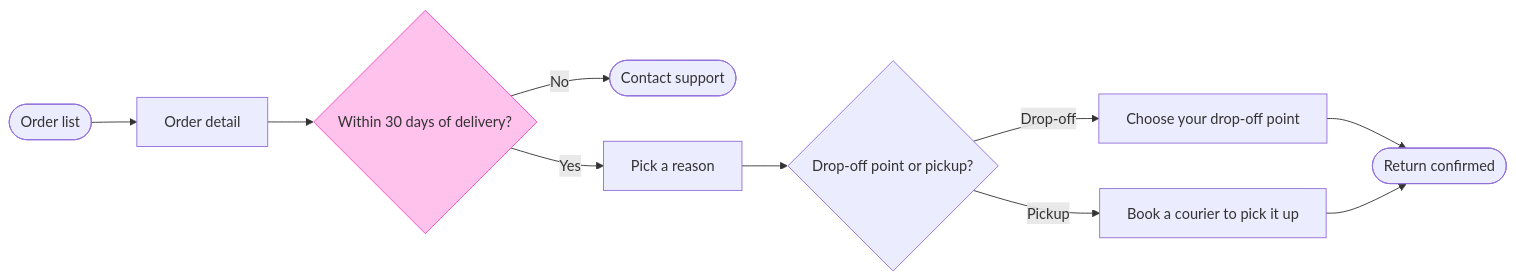
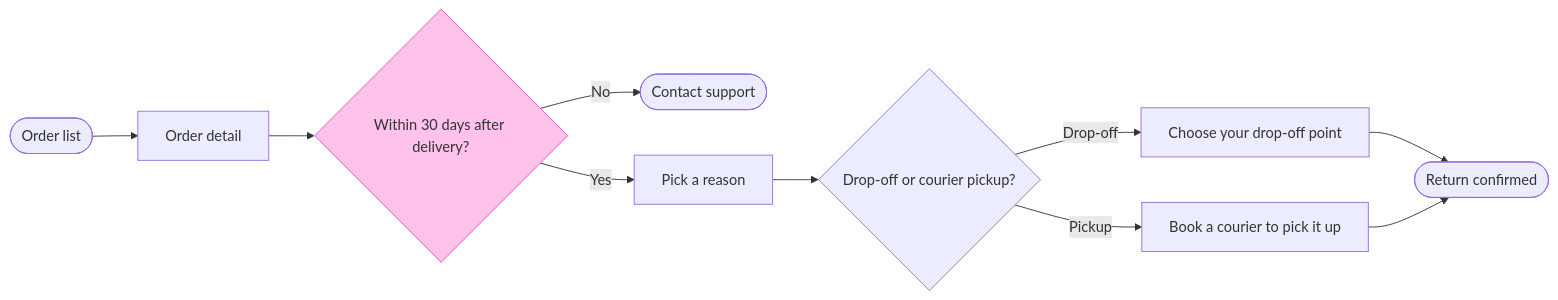
Before and after one commit to MichelKerkmeester/product-owner_create-tickets-and-stories: the diagram in claude project/knowledge/Product Owner - Examples - Flow - User Flow.md, drawn with Mermaid. The commit also changed other lines of this file and 31 other files, not shown here.

````diff
--- a/claude project/knowledge/Product Owner - Examples - Flow - User Flow.md
+++ b/claude project/knowledge/Product Owner - Examples - Flow - User Flow.md
@@ -86,20 +86,20 @@
 ```mermaid
 flowchart LR
     %% goal: confirmed
     %% title: Start a return
     %% subtitle: How a Fernhouse customer starts a return in the app, from the order list to a confirmed return
     %% source: Sources: five app screenshots and the returns doc. Left out: a free pickup over €100, a proposal under review.
     %% zone: Find the order: orders, detail
     %% zone: Request the return: window, support, reason, method, dropoff, pickup
     %% zone: Done: confirmed
     orders([Order list]) --> detail[Order detail]
-    detail --> window{Within 30 days of delivery?}
+    detail --> window{Within 30 days after delivery?}
     window -->|No| support([Contact support])
     window -->|Yes| reason[Pick a reason]
-    reason --> method{Drop-off point or pickup?}
+    reason --> method{Drop-off or courier pickup?}
     method -->|Drop-off| dropoff[Choose your drop-off point]
     method -->|Pickup| pickup[Book a courier to pick it up]
     dropoff --> confirmed([Return confirmed])
     pickup --> confirmed
     style window fill:#FFC2EC,stroke:#F849C1
 ```
````
